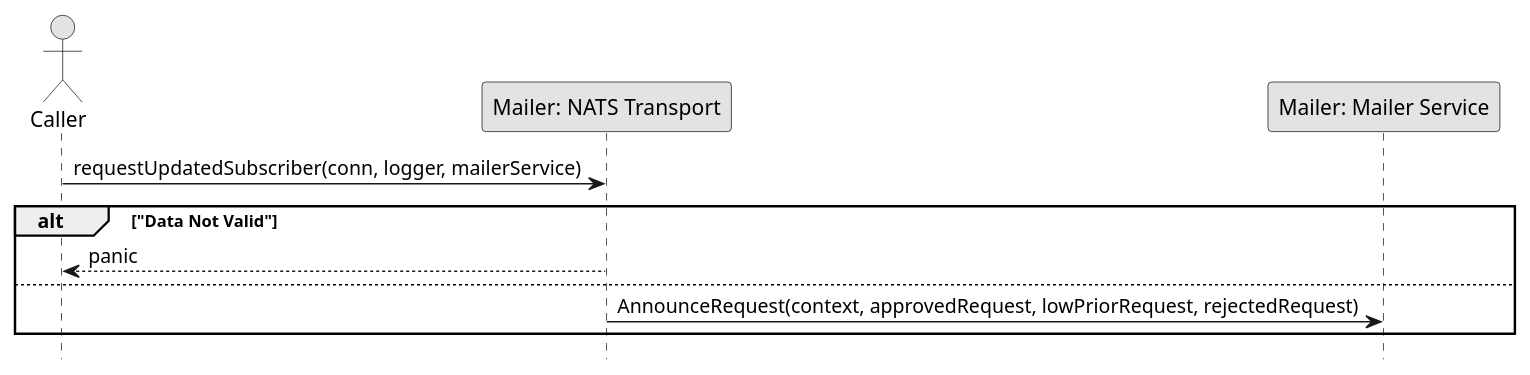
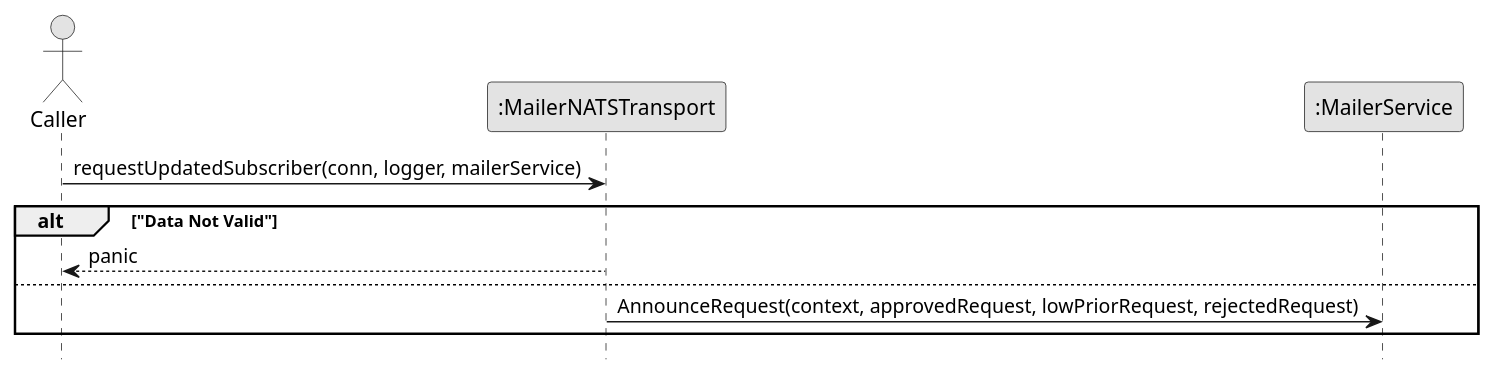
Before and after one commit to fwidjaya20/fazzlearning-uml: the diagram in Sequence/Release04/MAILER_SubscribeCommitRequest.wsd, drawn with PlantUML. The commit also changed 108 other files, not shown here.

Commit message:
fix(diagram): change participant format name (#30)

```diff
--- a/Sequence/Release04/MAILER_SubscribeCommitRequest.wsd
+++ b/Sequence/Release04/MAILER_SubscribeCommitRequest.wsd
@@ -1,19 +1,19 @@
 @startuml MAILER_SubscribeCommitRequest
 
 skinparam Monochrome true
 skinparam Shadowing false
 hide footbox
 
 actor "Caller" as Caller
-participant "Mailer: NATS Transport" as MailerNATSTransport
-participant "Mailer: Mailer Service" as MailerService
+participant ":MailerNATSTransport" as MailerNATSTransport
+participant ":MailerService" as MailerService
 
 Caller->MailerNATSTransport: requestUpdatedSubscriber(conn, logger, mailerService)
 
 alt "Data Not Valid"
     MailerNATSTransport-->Caller: panic
 else
     MailerNATSTransport->MailerService: AnnounceRequest(context, approvedRequest, lowPriorRequest, rejectedRequest)
 end
 
 @enduml
```
